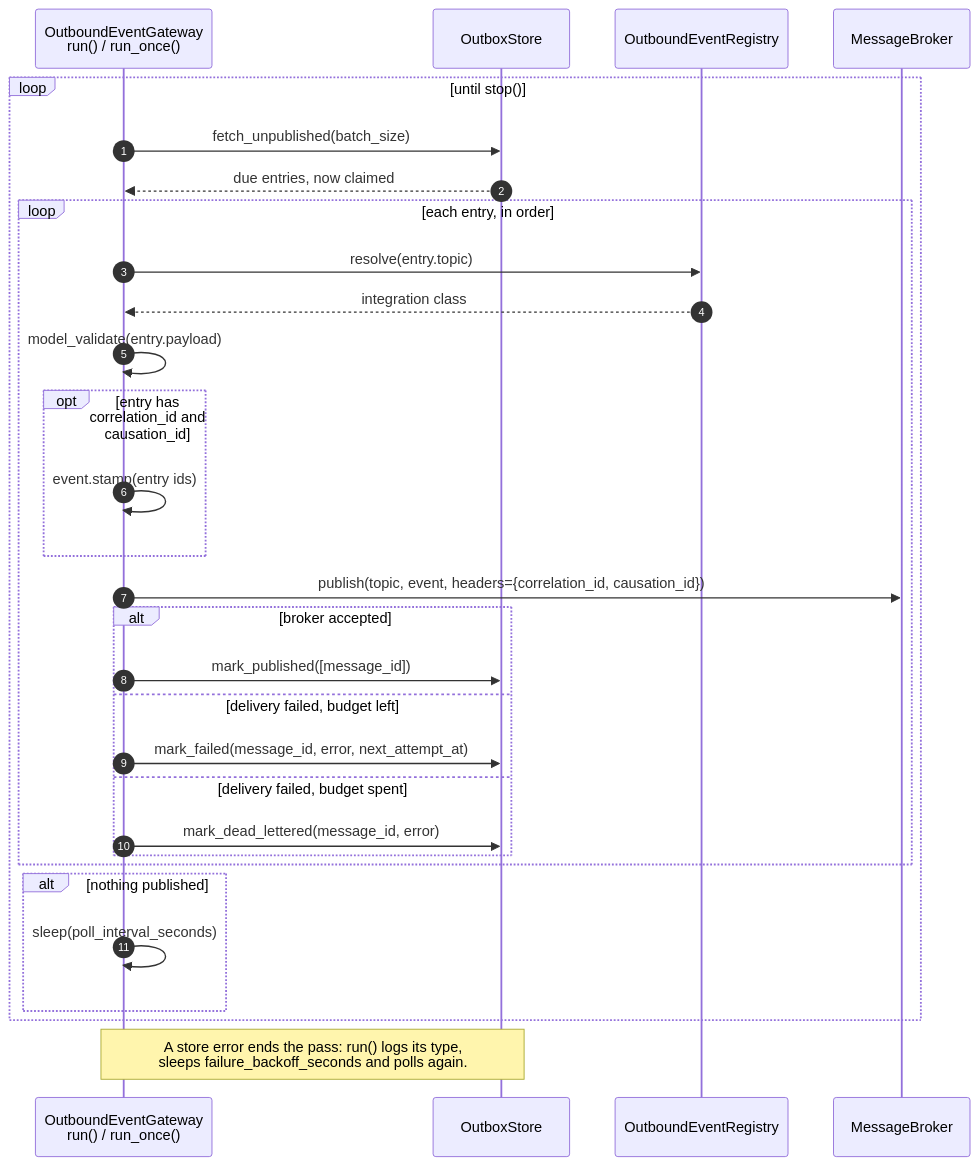
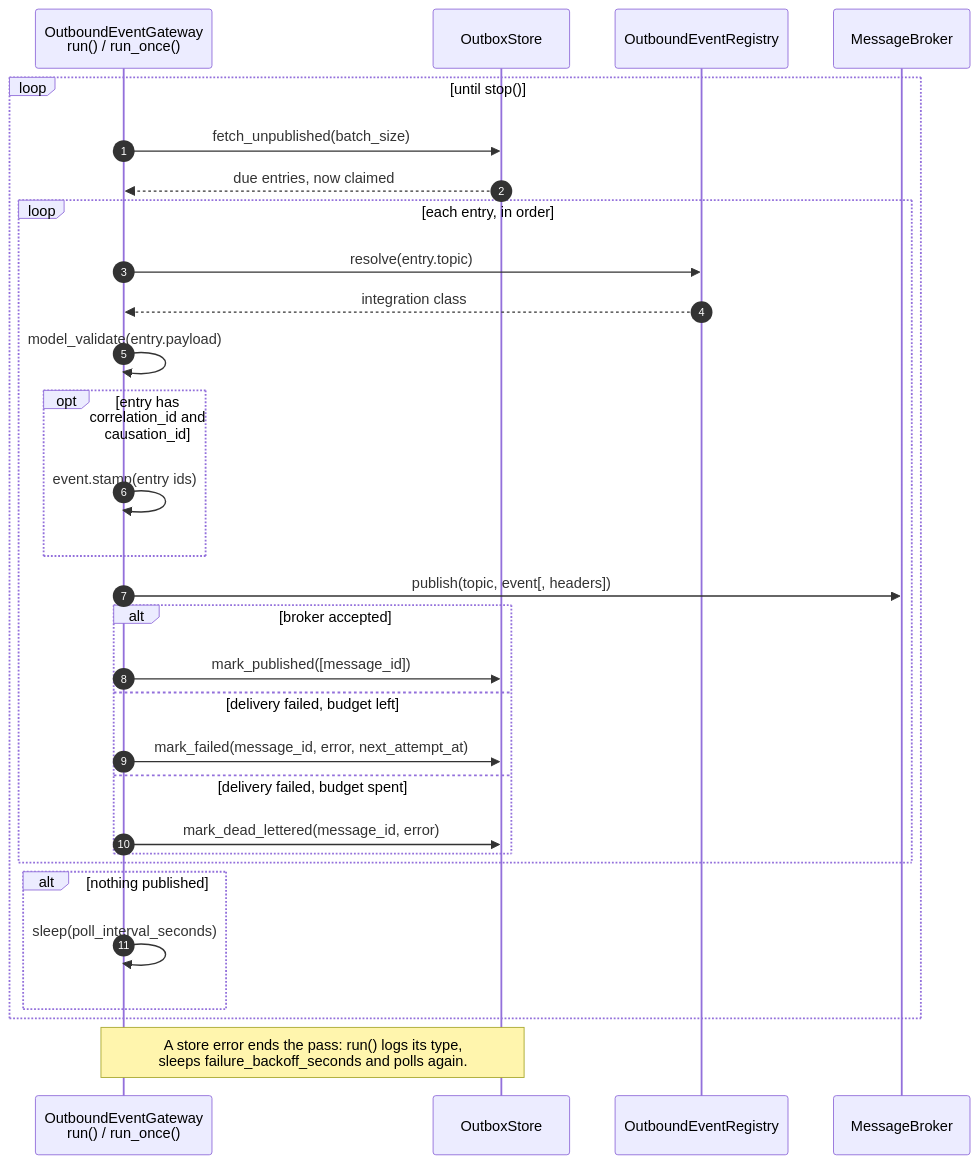
Before and after one commit to mgourlis/pydomain: the diagram in docs/arch42/06-runtime-view.md, drawn with Mermaid. The commit also changed other lines of this file and 20 other files, not shown here.

````diff
--- a/docs/arch42/06-runtime-view.md
+++ b/docs/arch42/06-runtime-view.md
@@ -565,33 +565,33 @@
 ```mermaid
 sequenceDiagram
     autonumber
     participant G as OutboundEventGateway<br/>run() / run_once()
     participant S as OutboxStore
     participant R as OutboundEventRegistry
     participant B as MessageBroker
 
     loop until stop()
         G->>S: fetch_unpublished(batch_size)
         S-->>G: due entries, now claimed
         loop each entry, in order
             G->>R: resolve(entry.topic)
             R-->>G: integration class
             G->>G: model_validate(entry.payload)
             opt entry has correlation_id and causation_id
                 G->>G: event.stamp(entry ids)
             end
-            G->>B: publish(topic, event, headers={correlation_id, causation_id})
+            G->>B: publish(topic, event[, headers])
             alt broker accepted
                 G->>S: mark_published([message_id])
             else delivery failed, budget left
                 G->>S: mark_failed(message_id, error, next_attempt_at)
             else delivery failed, budget spent
                 G->>S: mark_dead_lettered(message_id, error)
             end
         end
         alt nothing published
             G->>G: sleep(poll_interval_seconds)
         end
     end
     Note over G,S: A store error ends the pass: run() logs its type,<br/>sleeps failure_backoff_seconds and polls again.
 ```
````
